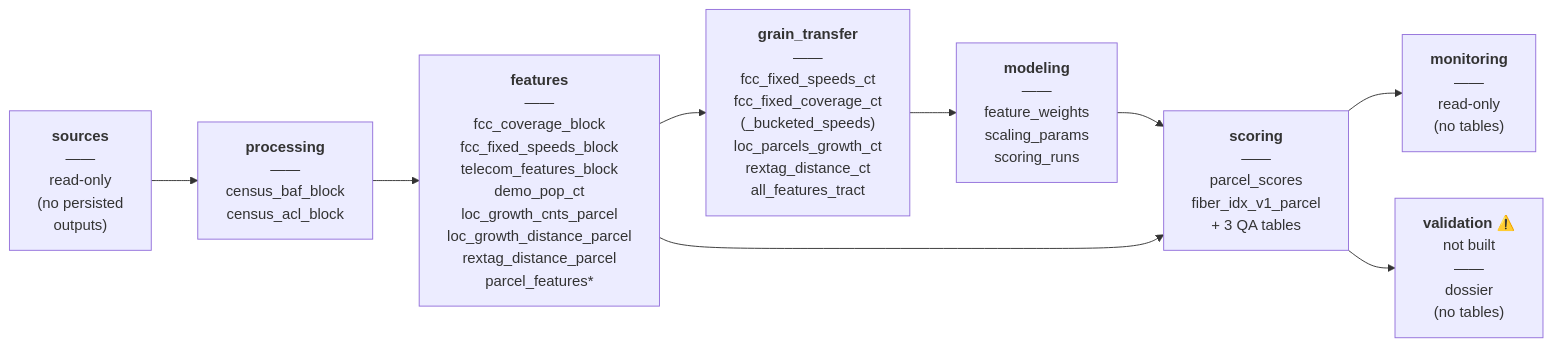
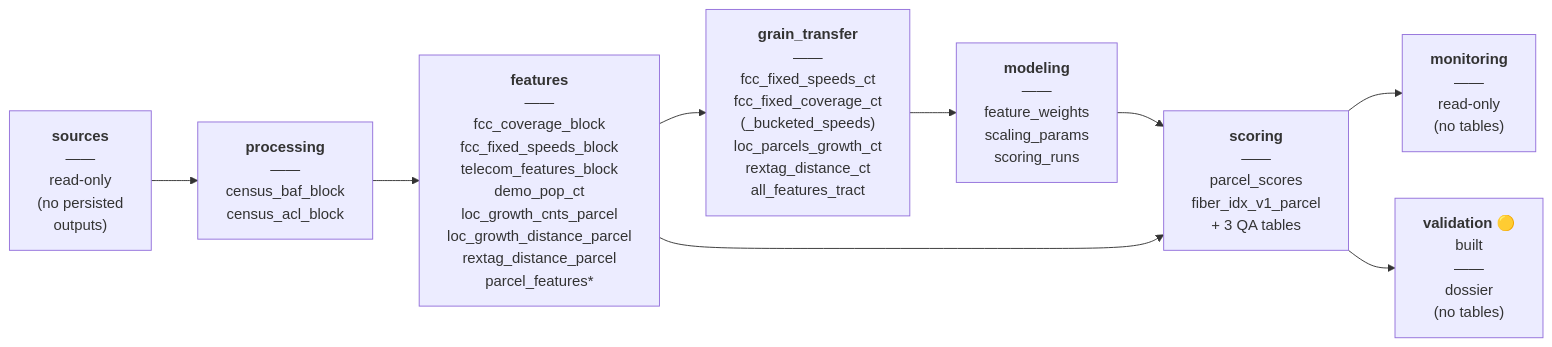
The diagram in docs/repo_structure_detailed.md (eprashar-clgx/network-idx), drawn with Mermaid before and after one commit. The commit also changed other lines of this file, not shown here.

Commit message:
docs: mark monitoring built and validation partial in build-status

````diff
--- a/docs/repo_structure_detailed.md
+++ b/docs/repo_structure_detailed.md
@@ -27,15 +27,15 @@
 ```mermaid
 flowchart LR
   SRC["<b>sources</b><br/>——<br/>read-only<br/>(no persisted<br/>outputs)"]
   PROC["<b>processing</b><br/>——<br/>census_baf_block<br/>census_acl_block"]
   FEAT["<b>features</b><br/>——<br/>fcc_coverage_block<br/>fcc_fixed_speeds_block<br/>telecom_features_block<br/>demo_pop_ct<br/>loc_growth_cnts_parcel<br/>loc_growth_distance_parcel<br/>rextag_distance_parcel<br/>parcel_features*"]
   GT["<b>grain_transfer</b><br/>——<br/>fcc_fixed_speeds_ct<br/>fcc_fixed_coverage_ct<br/>(_bucketed_speeds)<br/>loc_parcels_growth_ct<br/>rextag_distance_ct<br/>all_features_tract"]
   MODEL["<b>modeling</b><br/>——<br/>feature_weights<br/>scaling_params<br/>scoring_runs"]
   SCORE["<b>scoring</b><br/>——<br/>parcel_scores<br/>fiber_idx_v1_parcel<br/>+ 3 QA tables"]
   MON["<b>monitoring</b><br/>——<br/>read-only<br/>(no tables)"]
-  VAL["<b>validation</b> ⚠️<br/>not built<br/>——<br/>dossier<br/>(no tables)"]
+  VAL["<b>validation</b> 🟡<br/>built<br/>——<br/>dossier<br/>(no tables)"]
 
   SRC --> PROC --> FEAT --> GT --> MODEL --> SCORE --> MON
   FEAT --> SCORE
   SCORE --> VAL
 ```
````
